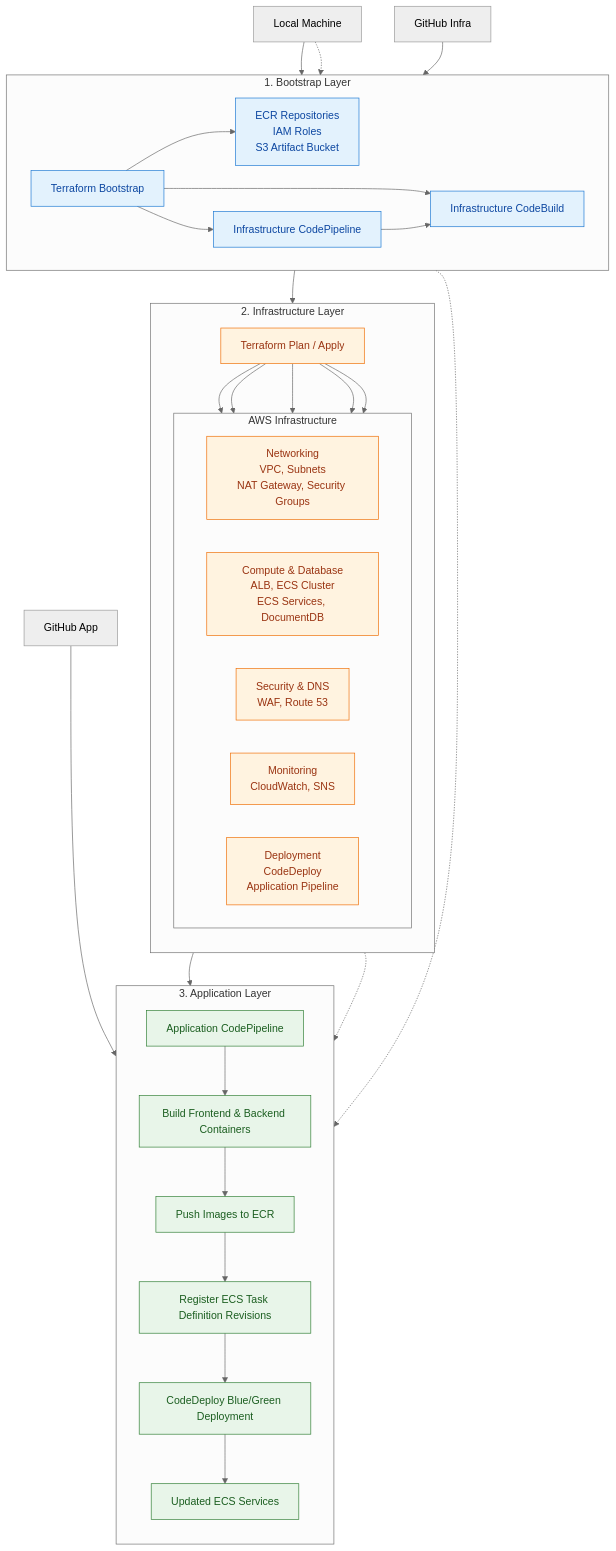
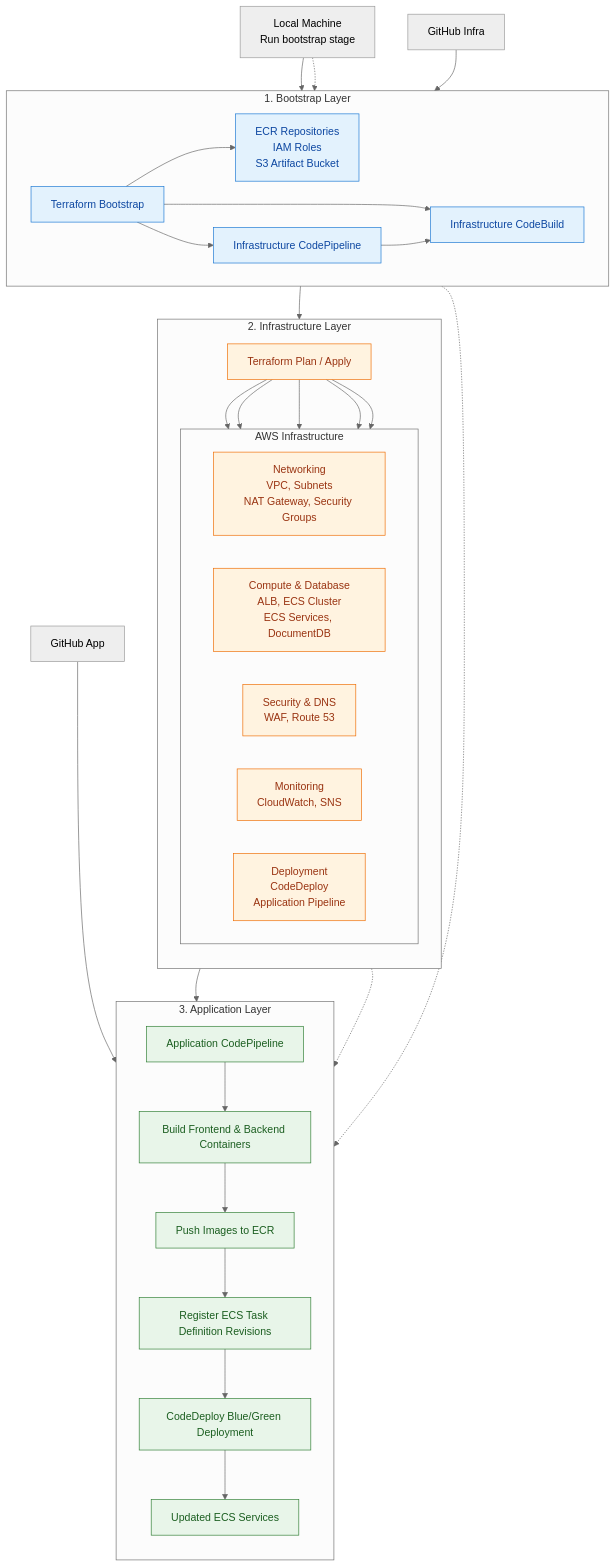
Before and after one commit to phyomauk/terraform-my-web-application: the second of 4 diagrams in README.md, drawn with Mermaid (neutral theme). The commit also changed other lines of this file, not shown here.

````diff
--- a/README.md
+++ b/README.md
@@ -224,73 +224,73 @@
 ```mermaid
    flowchart TB
-      LM["Local Machine"]
+      LM["Local Machine<br/> Run bootstrap stage"]
       GHInfra["GitHub Infra"]
       GHApp["GitHub App"]
 
       subgraph Bootstrap["1. Bootstrap Layer"]
          direction LR
          BT["Terraform Bootstrap"]
          Foundation["ECR Repositories<br/>IAM Roles<br/>S3 Artifact Bucket"]
          InfraCI["Infrastructure CodePipeline"]
          InfraBuild["Infrastructure CodeBuild"]
 
          BT --> Foundation
          BT --> InfraCI
          BT --> InfraBuild
       end
 
       subgraph Infrastructure["2. Infrastructure Layer"]
          direction TB
          InfraTF["Terraform Plan / Apply"]
 
          subgraph Resources["AWS Infrastructure"]
                direction LR
                Network["Networking<br/>VPC, Subnets<br/>NAT Gateway, Security Groups"]
                Compute["Compute & Database<br/>ALB, ECS Cluster<br/>ECS Services, DocumentDB"]
                Security["Security & DNS<br/>WAF, Route 53"]
                Monitor["Monitoring<br/>CloudWatch, SNS"]
                Delivery["Deployment<br/>CodeDeploy<br/>Application Pipeline"]
          end
 
          InfraTF --> Network
          InfraTF --> Compute
          InfraTF --> Security
          InfraTF --> Monitor
          InfraTF --> Delivery
       end
 
       subgraph Application["3. Application Layer"]
          direction TB
          AppCI["Application CodePipeline"]
          Build["Build Frontend & Backend Containers"]
          ECR["Push Images to ECR"]
          Task["Register ECS Task Definition Revisions"]
          Deploy["CodeDeploy Blue/Green Deployment"]
          Running["Updated ECS Services"]
 
          AppCI --> Build
          Build --> ECR
          ECR --> Task
          Task --> Deploy
          Deploy --> Running
       end
 
       LM --> BT
       LM -.-> InfraCI
       GHInfra --> InfraCI
       GHApp --> AppCI
       InfraCI --> InfraBuild
       InfraBuild --> InfraTF
 
       Delivery --> AppCI
       Foundation -.-> ECR
       Compute -.-> Running
 
       classDef bootstrap fill:#e3f2fd,stroke:#1976d2,color:#0d47a1
       classDef infra fill:#fff3e0,stroke:#ef6c00,color:#9a3412
       classDef app fill:#e8f5e9,stroke:#2e7d32,color:#1b5e20
 
       class BT,Foundation,InfraCI,InfraBuild bootstrap
       class InfraTF,Network,Compute,Security,Monitor,Delivery infra
       class AppCI,Build,ECR,Task,Deploy,Running app
 ```
````
